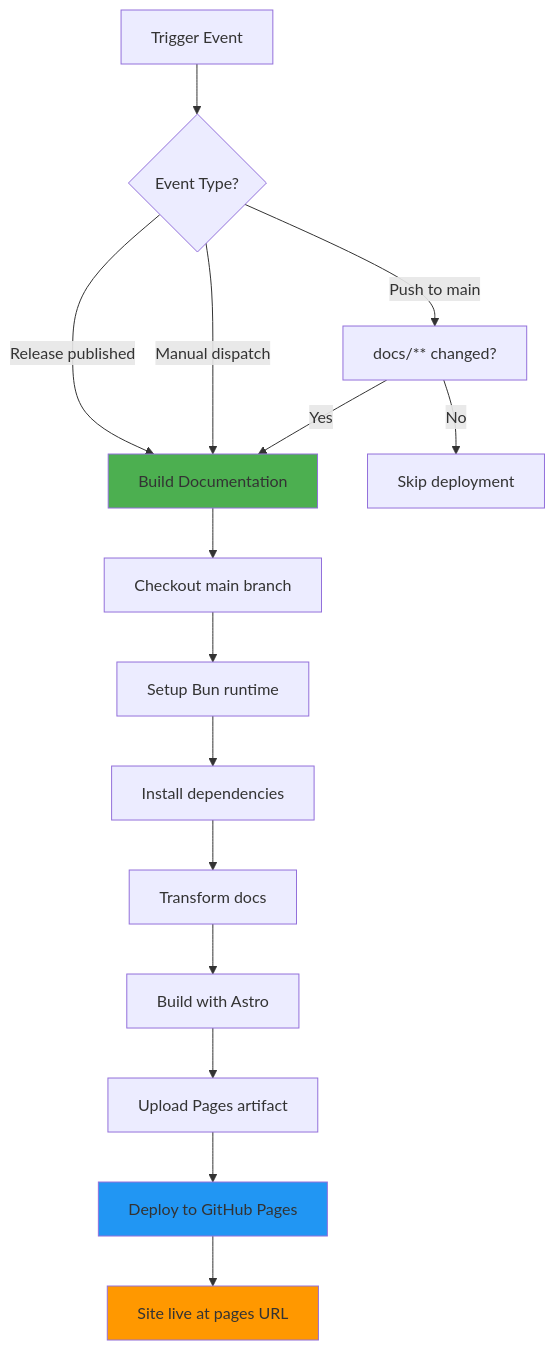
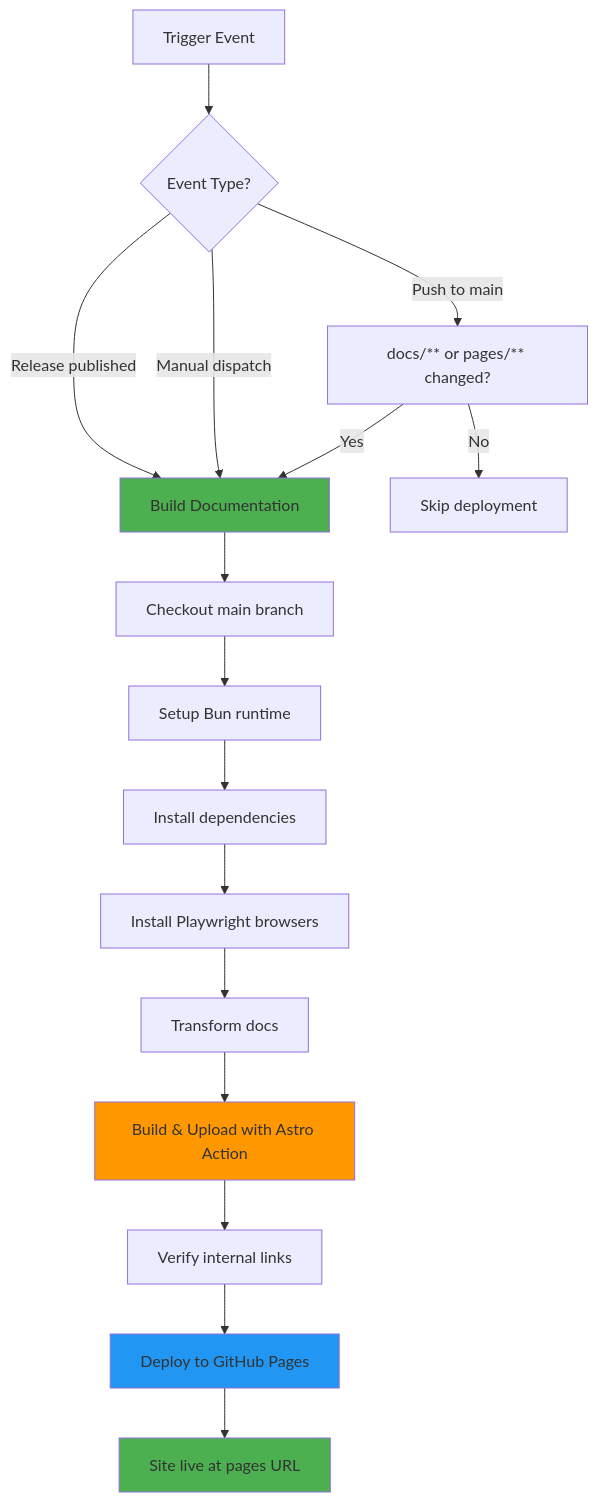
The seventh of 7 diagrams in docs/deployment.md (pantheon-org/opencode-warcraft-notifications), drawn with Mermaid before and after one commit. The commit also changed other lines of this file and 3 other files, not shown here.

First line of the commit message:
docs: update GitHub Pages deployment workflow and documentation (#170)

````diff
--- a/docs/deployment.md
+++ b/docs/deployment.md
@@ -815,21 +815,23 @@
 ```mermaid
 graph TB
     A[Trigger Event] --> B{Event Type?}
-    B -->|Push to main| C[docs/** changed?]
+    B -->|Push to main| C[docs/** or pages/** changed?]
     B -->|Release published| D[Build Documentation]
     B -->|Manual dispatch| D
     C -->|Yes| D
     C -->|No| E[Skip deployment]
     D --> F[Checkout main branch]
     F --> G[Setup Bun runtime]
     G --> H[Install dependencies]
-    H --> I[Transform docs]
-    I --> J[Build with Astro]
-    J --> K[Upload Pages artifact]
-    K --> L[Deploy to GitHub Pages]
-    L --> M[Site live at pages URL]
+    H --> I[Install Playwright browsers]
+    I --> J[Transform docs]
+    J --> K[Build & Upload with Astro Action]
+    K --> L[Verify internal links]
+    L --> M[Deploy to GitHub Pages]
+    M --> N[Site live at pages URL]
 
     style D fill:#4caf50
-    style L fill:#2196f3
-    style M fill:#ff9800
+    style K fill:#ff9800
+    style M fill:#2196f3
+    style N fill:#4caf50
 ```
````
